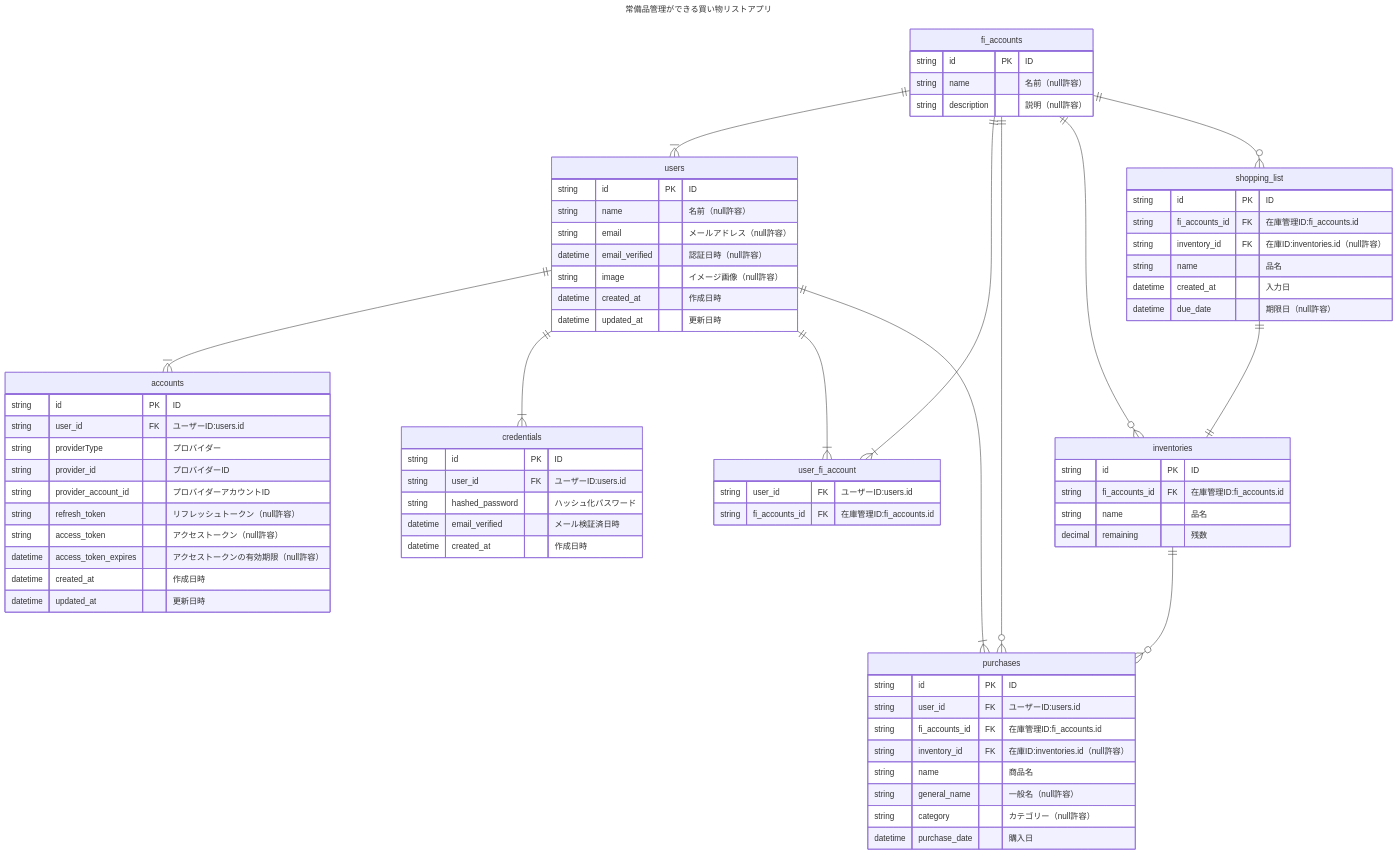
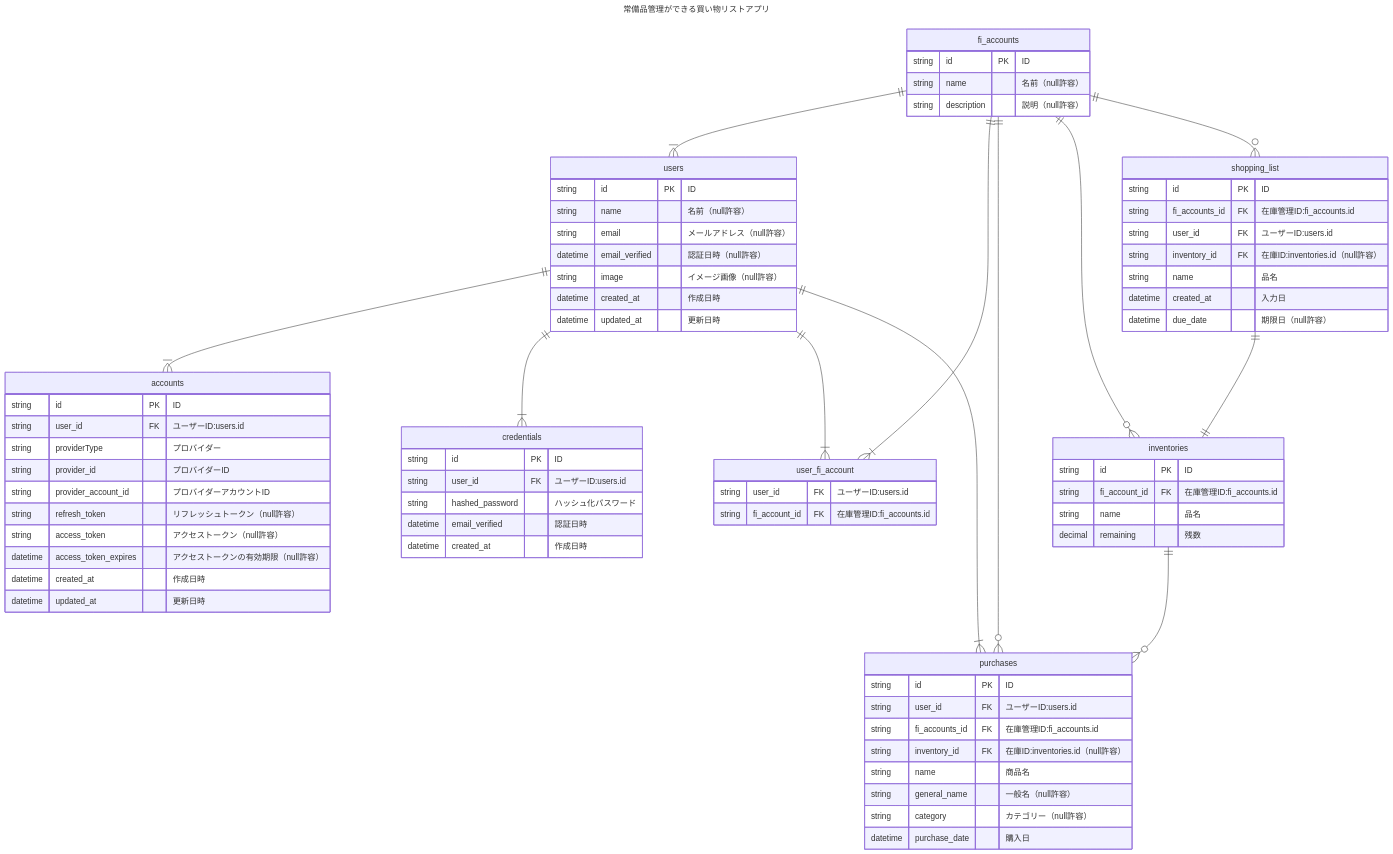
The diagram in doc/fridge-inventory.md (kurutto/fridge-inventory), drawn with Mermaid before and after one commit.

Commit message:
軽微な修正

````diff
--- a/doc/fridge-inventory.md
+++ b/doc/fridge-inventory.md
@@ -5,80 +5,81 @@
 ```mermaid
 ---
 title: "常備品管理ができる買い物リストアプリ"
 ---
 erDiagram
 
     users ||--|{ accounts : ""
     users ||--|{ credentials : ""
     fi_accounts ||--|{ users : ""
     users ||--|{ user_fi_account : ""
     fi_accounts ||--|{ user_fi_account : ""
     inventories ||--o{ purchases : ""
     users ||--|{ purchases : ""
     fi_accounts ||--o{ purchases : ""
     fi_accounts ||--o{ inventories : ""
     fi_accounts ||--o{ shopping_list : ""
     shopping_list ||--|| inventories : ""
 
     accounts {
         string id PK "ID"
         string user_id FK "ユーザーID:users.id"
         string providerType "プロバイダー"
         string provider_id "プロバイダーID"
         string provider_account_id "プロバイダーアカウントID"
         string refresh_token "リフレッシュトークン（null許容）"
         string access_token "アクセストークン（null許容）"
         datetime access_token_expires "アクセストークンの有効期限（null許容）"
         datetime created_at "作成日時"
         datetime updated_at "更新日時"
     }
     users {
         string id PK "ID"
         string name "名前（null許容）"
         string email "メールアドレス（null許容）"
         datetime email_verified "認証日時（null許容）"
         string image "イメージ画像（null許容）"
         datetime created_at "作成日時"
         datetime updated_at "更新日時"
     }
     credentials{
         string id PK "ID"
         string user_id FK "ユーザーID:users.id"
         string hashed_password "ハッシュ化パスワード"
-        datetime email_verified "メール検証済日時"
+        datetime email_verified "認証日時"
         datetime created_at "作成日時"
     }
     user_fi_account{
         string user_id FK "ユーザーID:users.id"
-        string fi_accounts_id FK "在庫管理ID:fi_accounts.id"
+        string fi_account_id FK "在庫管理ID:fi_accounts.id"
     }
     fi_accounts {
         string id PK "ID"
         string name "名前（null許容）"
         string description "説明（null許容）"
     }
     inventories {
         string id PK "ID"
-        string fi_accounts_id FK "在庫管理ID:fi_accounts.id"
+        string fi_account_id FK "在庫管理ID:fi_accounts.id"
         string name "品名"
         decimal remaining "残数"
     }
     purchases {
         string id PK "ID"
         string user_id FK "ユーザーID:users.id"
         string fi_accounts_id FK "在庫管理ID:fi_accounts.id"
         string inventory_id FK "在庫ID:inventories.id（null許容）"
         string name "商品名"
         string general_name "一般名（null許容）"
         string category "カテゴリー（null許容）"
         datetime purchase_date "購入日"
     }
     shopping_list {
         string id PK "ID"
         string fi_accounts_id FK "在庫管理ID:fi_accounts.id"
+        string user_id FK "ユーザーID:users.id"
         string inventory_id FK "在庫ID:inventories.id（null許容）"
         string name "品名"
         datetime created_at "入力日"
         datetime due_date "期限日（null許容）"
     }
 ```
````
